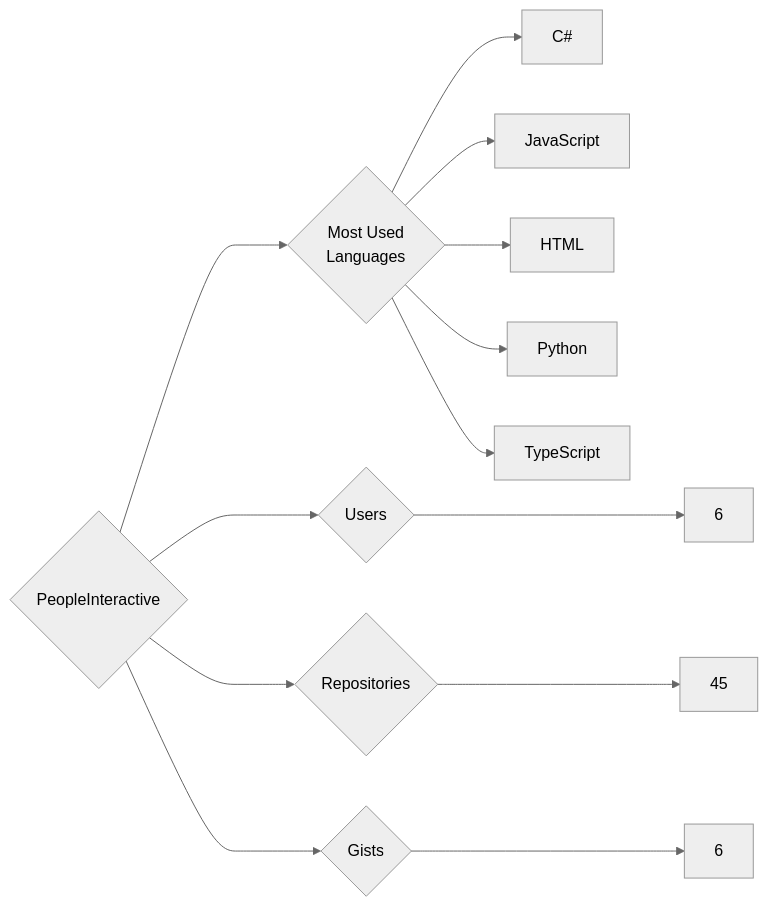
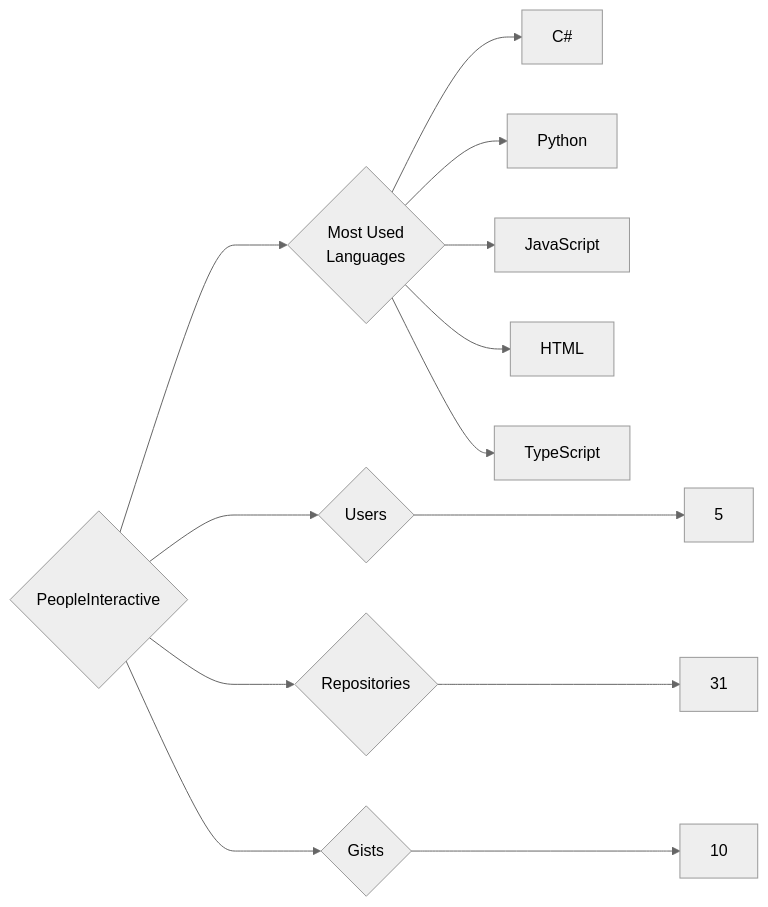
One commit to trickest/insiders changed the diagram in targets/PeopleInteractive/README.md. Above: the diagram before and after it, drawn with Mermaid (neutral theme). The commit also changed 860 other files, not shown here.

````diff
--- a/targets/PeopleInteractive/README.md
+++ b/targets/PeopleInteractive/README.md
@@ -3,13 +3,13 @@
 ```mermaid
 graph LR
 COMPANY_NAME{PeopleInteractive}
-COMPANY_NAME ---> U{Users} ---> UN[6]
-COMPANY_NAME ---> R{Repositories} ---> RN[45]
-COMPANY_NAME ---> G{Gists} ---> GN[6]
+COMPANY_NAME ---> U{Users} ---> UN[5]
+COMPANY_NAME ---> R{Repositories} ---> RN[31]
+COMPANY_NAME ---> G{Gists} ---> GN[10]
 COMPANY_NAME ---> ML{Most Used<br>Languages}
 ML --> C#[C#]
+ML --> Python[Python]
 ML --> JavaScript[JavaScript]
 ML --> HTML[HTML]
-ML --> Python[Python]
 ML --> TypeScript[TypeScript]
 ```
````
